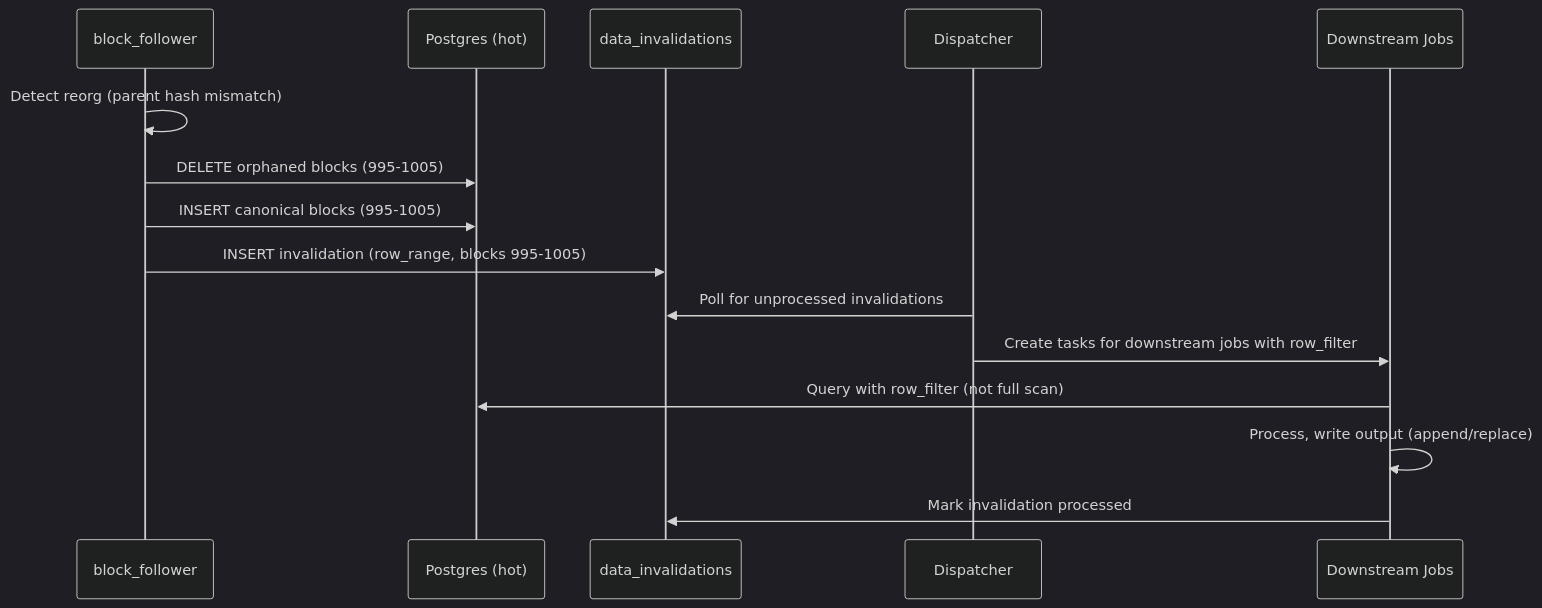
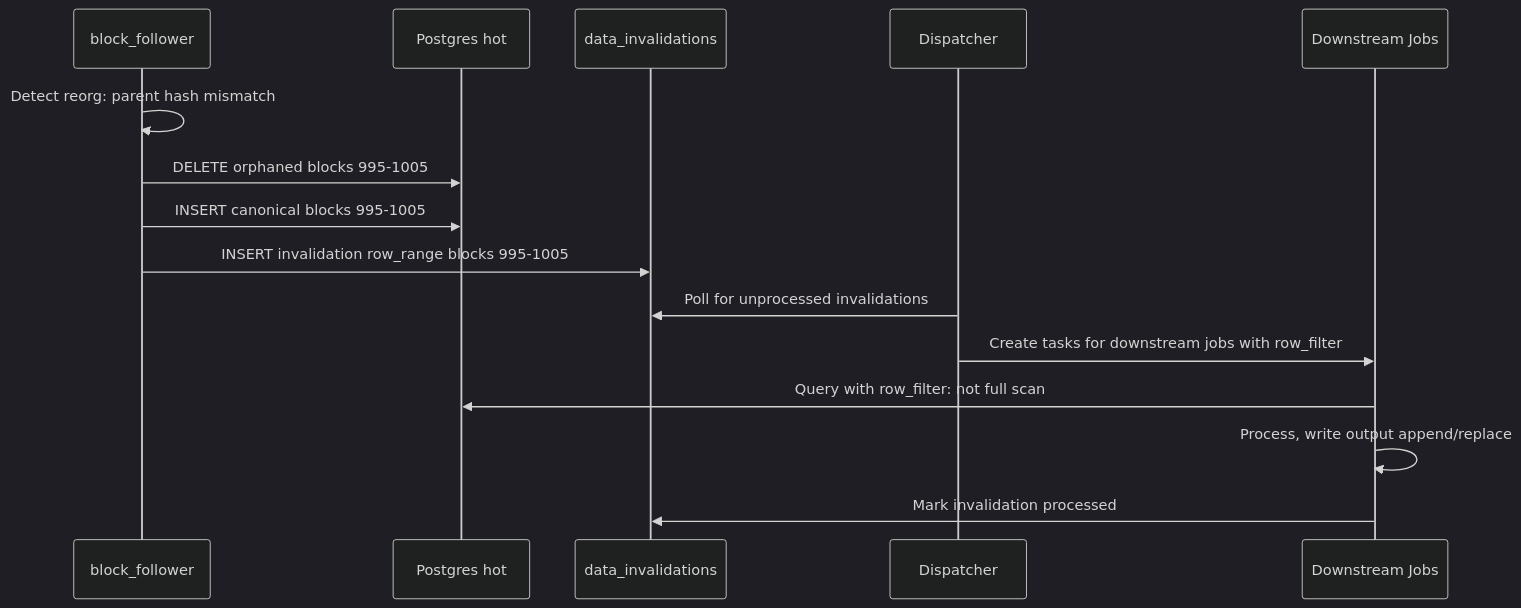
Before and after one commit to c7121/trace: the first of 2 diagrams in docs/architecture/data_versioning.md, drawn with Mermaid (dark theme). The commit also changed other lines of this file and 11 other files, not shown here.

````diff
--- a/docs/architecture/data_versioning.md
+++ b/docs/architecture/data_versioning.md
@@ -172,18 +172,18 @@
 ```mermaid
 sequenceDiagram
     participant BF as block_follower
-    participant PG as Postgres (hot)
+    participant PG as Postgres hot
     participant INV as data_invalidations
     participant DISP as Dispatcher
     participant DS as Downstream Jobs
 
-    BF->>BF: Detect reorg (parent hash mismatch)
-    BF->>PG: DELETE orphaned blocks (995-1005)
-    BF->>PG: INSERT canonical blocks (995-1005)
-    BF->>INV: INSERT invalidation (row_range, blocks 995-1005)
+    BF->>BF: Detect reorg: parent hash mismatch
+    BF->>PG: DELETE orphaned blocks 995-1005
+    BF->>PG: INSERT canonical blocks 995-1005
+    BF->>INV: INSERT invalidation row_range blocks 995-1005
     DISP->>INV: Poll for unprocessed invalidations
     DISP->>DS: Create tasks for downstream jobs with row_filter
-    DS->>PG: Query with row_filter (not full scan)
-    DS->>DS: Process, write output (append/replace)
+    DS->>PG: Query with row_filter: not full scan
+    DS->>DS: Process, write output append/replace
     DS->>INV: Mark invalidation processed
 ```
````
